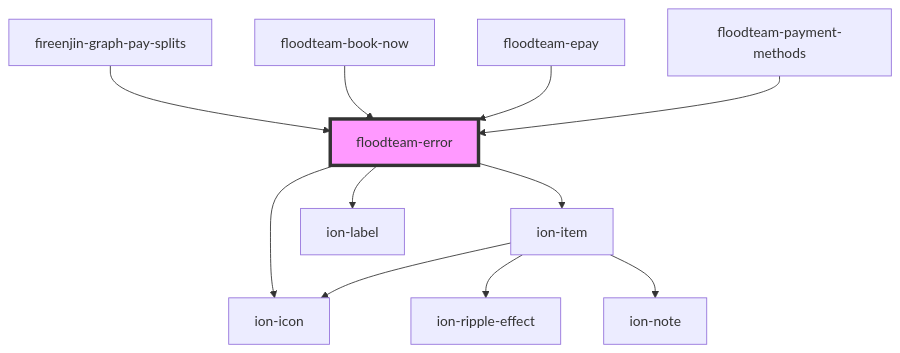
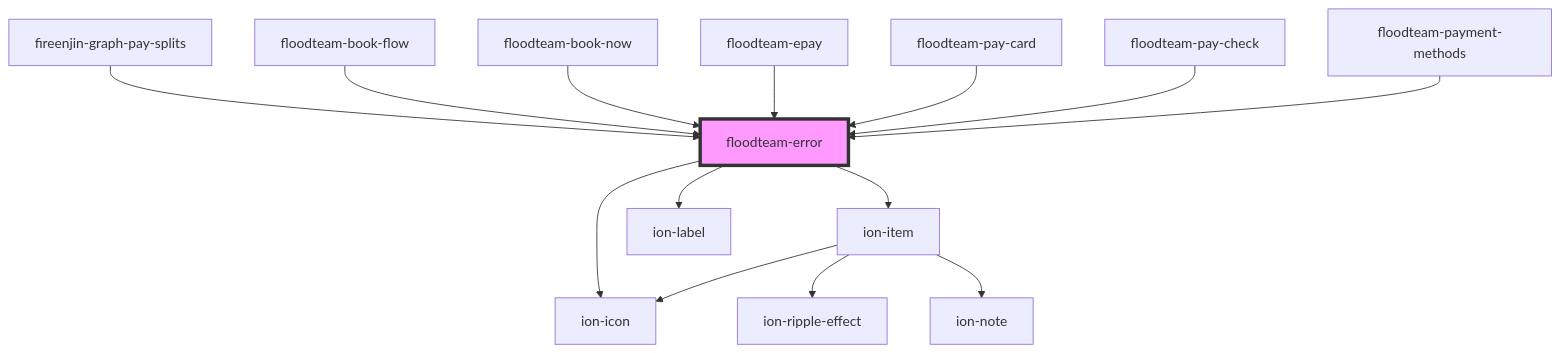
One commit to FloodTeam/components changed the diagram in src/components/error/readme.md. Above: the diagram before and after it, drawn with Mermaid. The commit also changed other lines of this file and 29 other files, not shown here.

````diff
--- a/src/components/error/readme.md
+++ b/src/components/error/readme.md
@@ -33,14 +36,17 @@
 ```mermaid
 graph TD;
   floodteam-error --> ion-item
   floodteam-error --> ion-icon
   floodteam-error --> ion-label
   ion-item --> ion-icon
   ion-item --> ion-ripple-effect
   ion-item --> ion-note
   fireenjin-graph-pay-splits --> floodteam-error
+  floodteam-book-flow --> floodteam-error
   floodteam-book-now --> floodteam-error
   floodteam-epay --> floodteam-error
+  floodteam-pay-card --> floodteam-error
+  floodteam-pay-check --> floodteam-error
   floodteam-payment-methods --> floodteam-error
   style floodteam-error fill:#f9f,stroke:#333,stroke-width:4px
 ```
````
